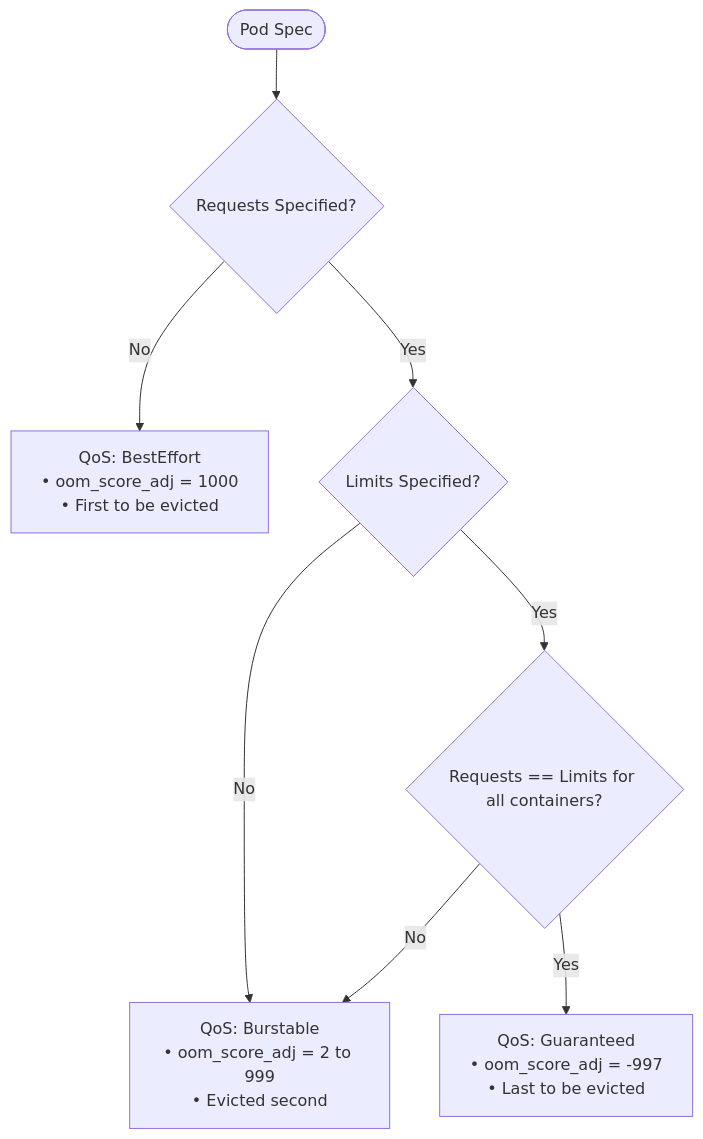
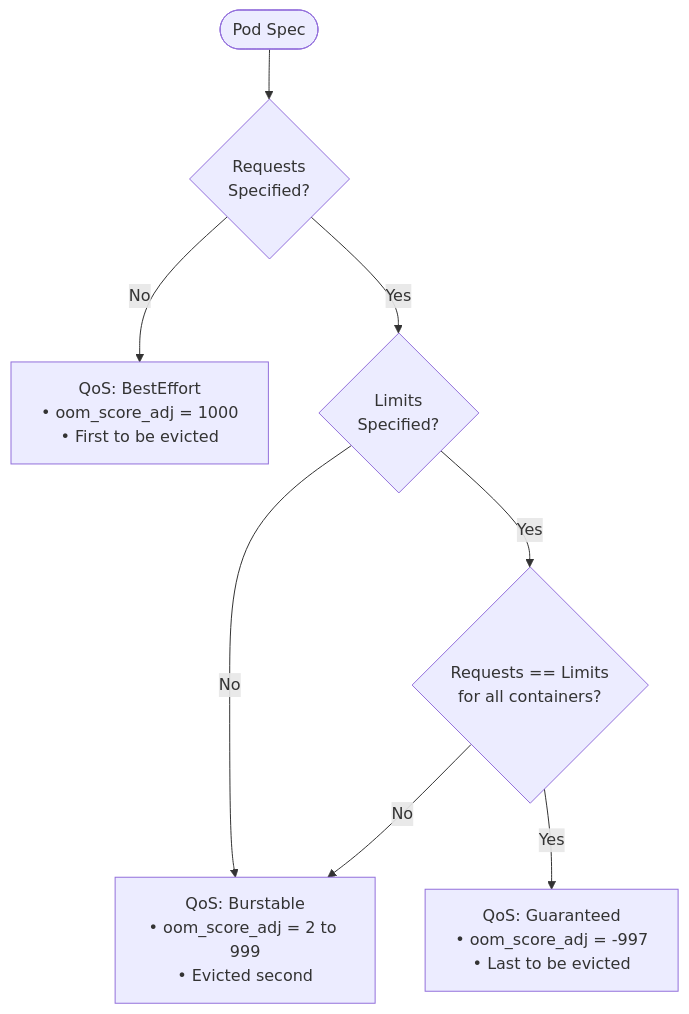
Before and after one commit to nubenetes/kubernetes-rightsizing: the second of 2 diagrams in docs/01-requests-limits-kernel-mechanics.md, drawn with Mermaid. The commit also changed 1 other file, not shown here.

Commit message:
docs: optimize Mermaid diagrams with multi-line formatting and ample breathing room

````diff
--- a/docs/01-requests-limits-kernel-mechanics.md
+++ b/docs/01-requests-limits-kernel-mechanics.md
@@ -79,10 +79,10 @@
 ```mermaid
 graph TD
-    Start([Pod Spec]) --> ReqCheck{Requests Specified?}
-    ReqCheck -- No --> BestEffort[QoS: BestEffort<br/>• oom_score_adj = 1000<br/>• First to be evicted]
-    ReqCheck -- Yes --> LimCheck{Limits Specified?}
-    LimCheck -- No --> Burstable[QoS: Burstable<br/>• oom_score_adj = 2 to 999<br/>• Evicted second]
-    LimCheck -- Yes --> EqualCheck{Requests == Limits for all containers?}
-    EqualCheck -- Yes --> Guaranteed[QoS: Guaranteed<br/>• oom_score_adj = -997<br/>• Last to be evicted]
+    Start(["Pod Spec"]) --> ReqCheck{"Requests<br/>Specified?"}
+    ReqCheck -- No --> BestEffort["QoS: BestEffort<br/>• oom_score_adj = 1000<br/>• First to be evicted"]
+    ReqCheck -- Yes --> LimCheck{"Limits<br/>Specified?"}
+    LimCheck -- No --> Burstable["QoS: Burstable<br/>• oom_score_adj = 2 to 999<br/>• Evicted second"]
+    LimCheck -- Yes --> EqualCheck{"Requests == Limits<br/>for all containers?"}
+    EqualCheck -- Yes --> Guaranteed["QoS: Guaranteed<br/>• oom_score_adj = -997<br/>• Last to be evicted"]
     EqualCheck -- No --> Burstable
 ```
````
